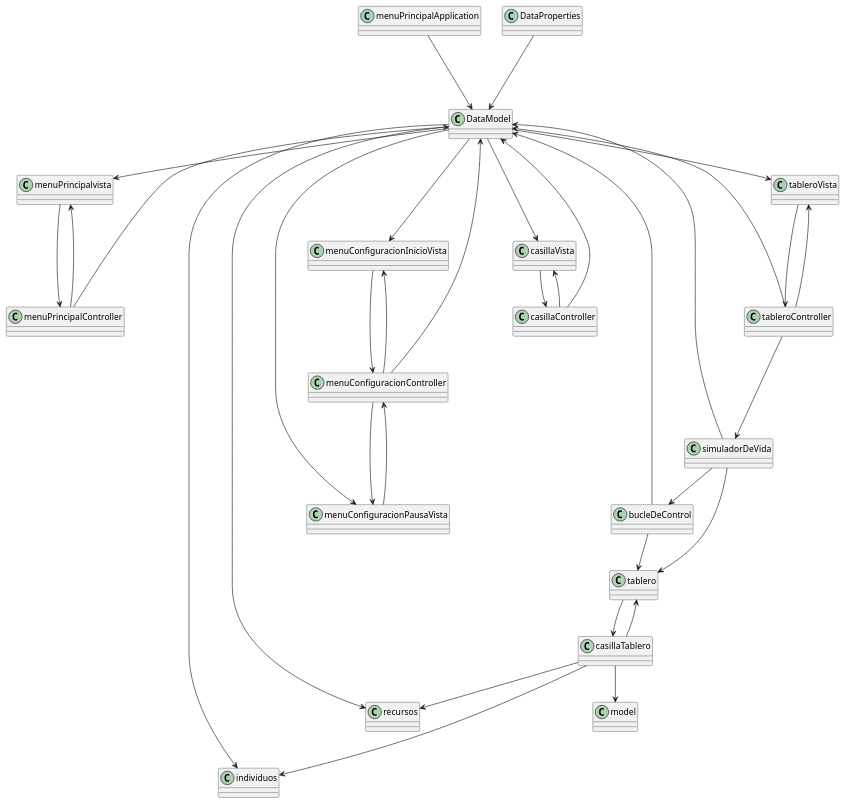
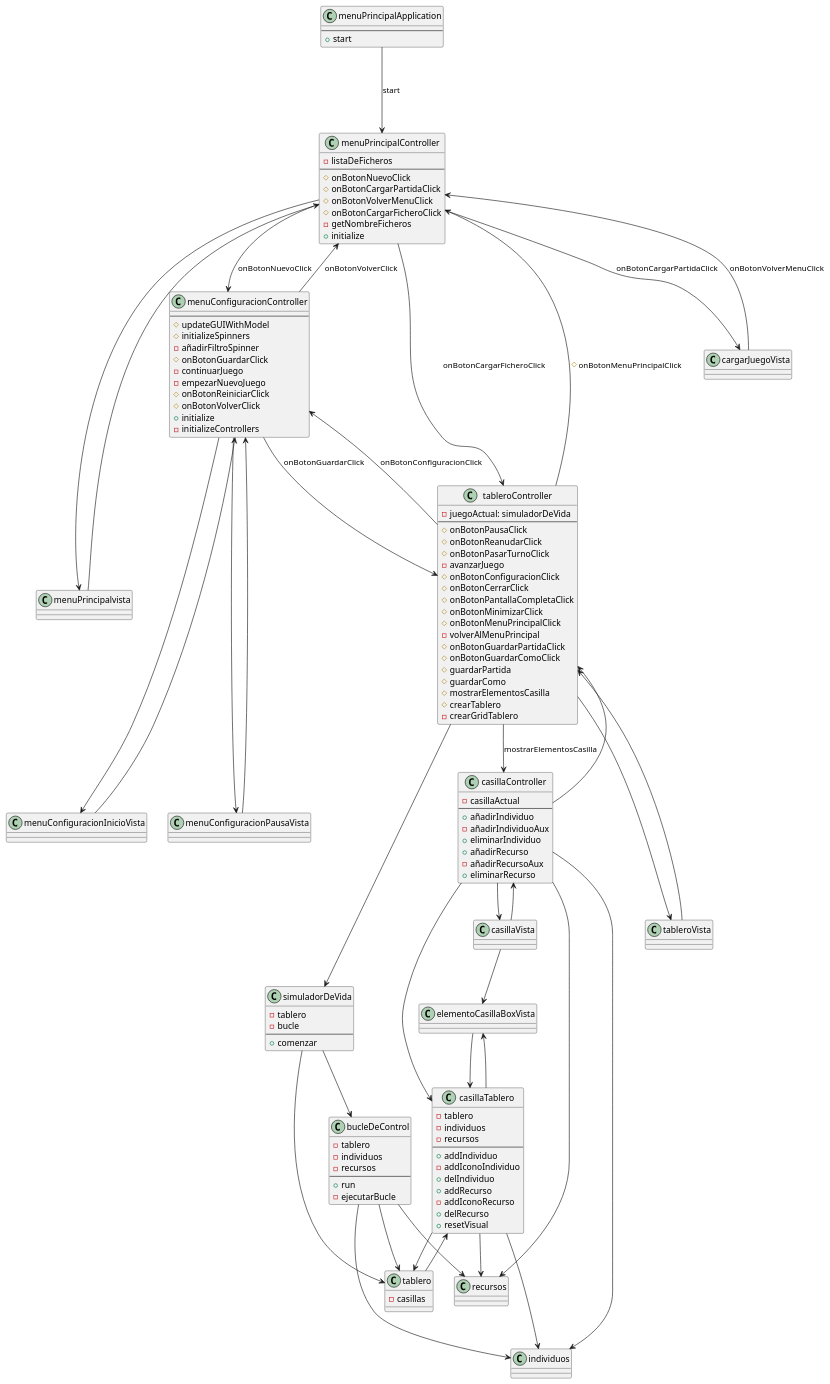
Before and after one commit to jeivees/PracticaFinal: the diagram in UML/UML.puml, drawn with PlantUML. The commit also changed 2 other files, not shown here.

Commit message:
UML con métodos

```diff
--- a/UML/UML.puml
+++ b/UML/UML.puml
@@ -1,57 +1,139 @@
 @startuml
 'https://plantuml.com/use-case-diagram
 
-class menuPrincipalApplication {}
-class menuPrincipalController {}
-class DataModel{}
-class DataProperties {}
+class menuPrincipalApplication {
+--
++start
+}
+class menuPrincipalController{
+-listaDeFicheros
+--
+# onBotonNuevoClick
+# onBotonCargarPartidaClick
+# onBotonVolverMenuClick
+# onBotonCargarFicheroClick
+- getNombreFicheros
++ initialize
+}
 class menuPrincipalvista{}
 class simuladorDeVida{}
-class menuConfiguracionController{}
+class menuConfiguracionController{
+--
+#updateGUIWithModel
+#initializeSpinners
+-añadirFiltroSpinner
+#onBotonGuardarClick
+-continuarJuego
+-empezarNuevoJuego
+#onBotonReiniciarClick
+#onBotonVolverClick
++initialize
+-initializeControllers
+}
 class menuConfiguracionInicioVista{}
 class menuConfiguracionPausaVista{}
-class tableroController{}
+class tableroController{
+- juegoActual: simuladorDeVida
+--
+# onBotonPausaClick
+# onBotonReanudarClick
+# onBotonPasarTurnoClick
+-avanzarJuego
+# onBotonConfiguracionClick
+#onBotonCerrarClick
+#onBotonPantallaCompletaClick
+#onBotonMinimizarClick
+#onBotonMenuPrincipalClick
+-volverAlMenuPrincipal
+#onBotonGuardarPartidaClick
+#onBotonGuardarComoClick
+#guardarPartida
+#guardarComo
+#mostrarElementosCasilla
+#crearTablero
+-crearGridTablero
+}
 class tableroVista{}
-class casillaController{}
+class casillaController{
+- casillaActual
+--
++añadirIndividuo
+-añadirIndividuoAux
++eliminarIndividuo
++añadirRecurso
+-añadirRecursoAux
++eliminarRecurso
+}
 class casillaVista{}
-class simuladorDeVida{}
-class tablero{}
-class bucleDeControl{}
-class casillaTablero{}
+class simuladorDeVida{
+-tablero
+-bucle
+--
++comenzar
+}
+class tablero{
+-casillas
+}
+class bucleDeControl{
+-tablero
+-individuos
+-recursos
+--
++run
+-ejecutarBucle
+}
+class casillaTablero{
+-tablero
+-individuos
+-recursos
+--
++addIndividuo
+-addIconoIndividuo
++delIndividuo
++addRecurso
+-addIconoRecurso
++delRecurso
++resetVisual
+}
 class individuos{}
 class recursos{}
-menuPrincipalApplication ---> DataModel
-menuPrincipalController ---> DataModel
-DataProperties ---> DataModel
+class cargarJuegoVista{}
+class elementoCasillaBoxVista{}
+menuPrincipalController-->cargarJuegoVista :onBotonCargarPartidaClick
+cargarJuegoVista-->menuPrincipalController: onBotonVolverMenuClick
+menuPrincipalApplication--->menuPrincipalController :start
+menuPrincipalController-->menuConfiguracionController :onBotonNuevoClick
 menuPrincipalController ---> menuPrincipalvista
 menuPrincipalvista--->menuPrincipalController
-DataModel --> menuPrincipalvista
-menuConfiguracionController-->DataModel
 menuConfiguracionInicioVista---> menuConfiguracionController
 menuConfiguracionController-->menuConfiguracionInicioVista
 menuConfiguracionController-->menuConfiguracionPausaVista
 menuConfiguracionPausaVista--->menuConfiguracionController
-DataModel-->menuConfiguracionPausaVista
-DataModel--->menuConfiguracionInicioVista
 tableroController--->simuladorDeVida
-tableroController--->DataModel
 tableroVista--->tableroController
 tableroController-->tableroVista
-DataModel-->tableroVista
 casillaController-->casillaVista
 casillaVista-->casillaController
-DataModel--->casillaVista
-casillaController-->DataModel
 simuladorDeVida-->tablero
-simuladorDeVida-->DataModel
 simuladorDeVida-->bucleDeControl
 bucleDeControl-->tablero
-bucleDeControl--->DataModel
 tablero-->casillaTablero
 casillaTablero-->tablero
 casillaTablero--->individuos
 casillaTablero-->recursos
-DataModel-->individuos
-DataModel-->recursos
-casillaTablero-->model
+menuConfiguracionController-->tableroController :onBotonGuardarClick
+tableroController-->menuConfiguracionController: onBotonConfiguracionClick
+tableroController-->casillaController :mostrarElementosCasilla
+casillaController-->tableroController
+casillaTablero-->elementoCasillaBoxVista
+elementoCasillaBoxVista-->casillaTablero
+casillaVista-->elementoCasillaBoxVista
+menuPrincipalController--> tableroController : onBotonCargarFicheroClick
+menuConfiguracionController-->menuPrincipalController: onBotonVolverClick
+tableroController-->menuPrincipalController: #onBotonMenuPrincipalClick
+casillaController-->casillaTablero
+casillaController-->individuos
+casillaController-->recursos
+bucleDeControl-->individuos
+bucleDeControl-->recursos
 @enduml
```
